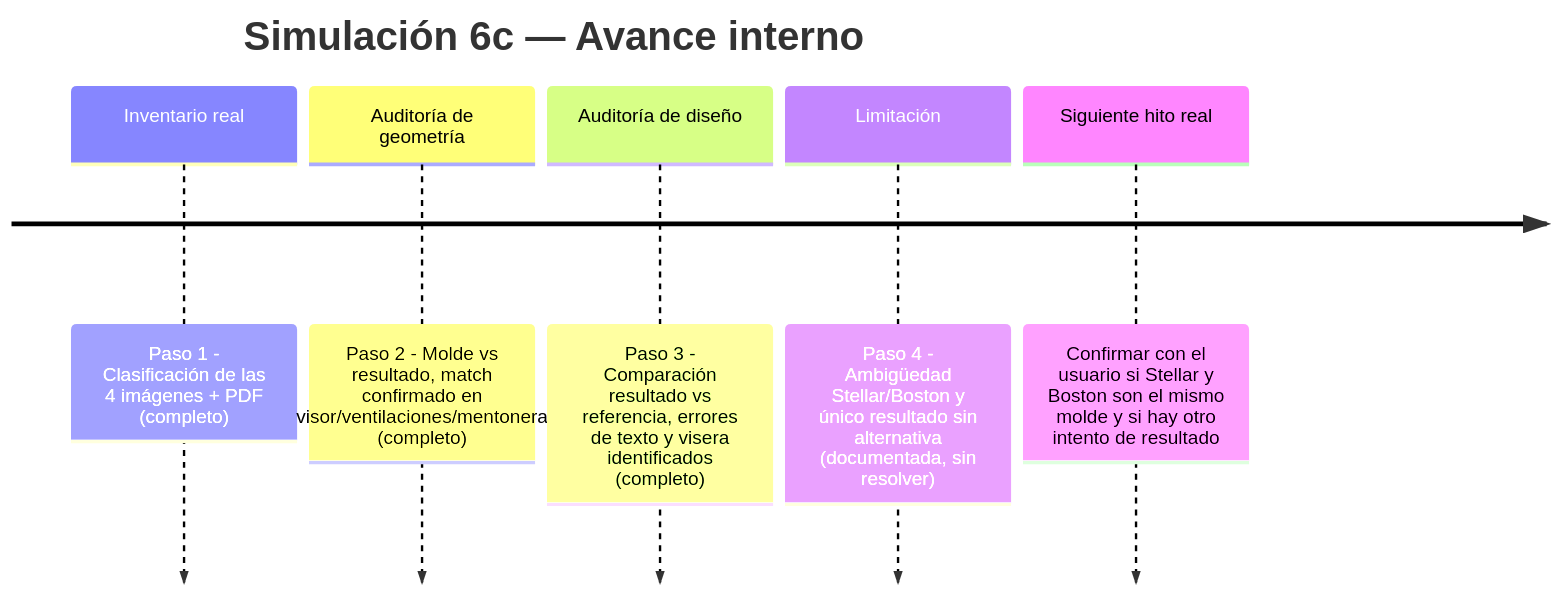
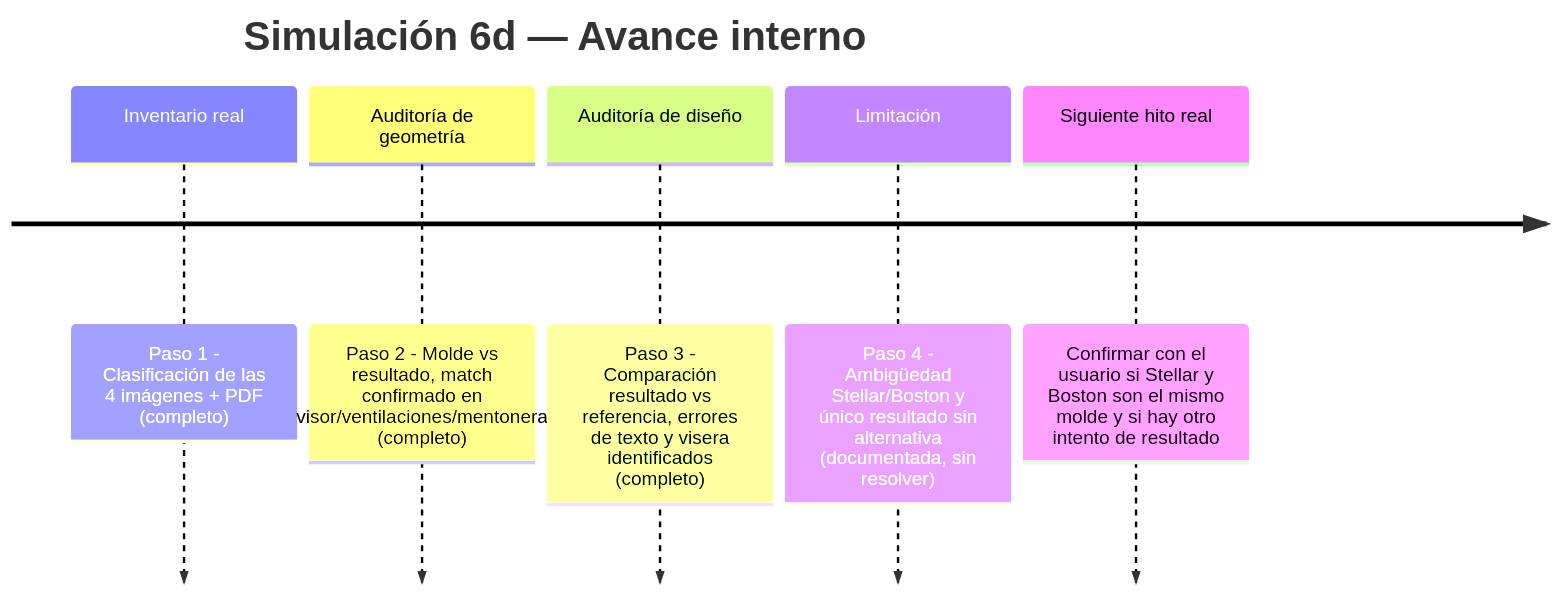
The second of 3 diagrams in proyectos/edge-cascos/simulaciones-cc/simulacion-6d-stellar.md (juandroeleven-jpg/SAAAS-Marketing), drawn with Mermaid before and after one commit. The commit also changed other lines of this file, not shown here.

Commit message:
Agrega Simulacion 6d - Adaptacion 2D Stellar con Nano Banana

````diff
--- a/proyectos/edge-cascos/simulaciones-cc/simulacion-6d-stellar.md
+++ b/proyectos/edge-cascos/simulaciones-cc/simulacion-6d-stellar.md
@@ -64,9 +64,9 @@
 ```mermaid
 timeline
-    title Simulación 6c — Avance interno
+    title Simulación 6d — Avance interno
     Inventario real : Paso 1 - Clasificación de las 4 imágenes + PDF (completo)
     Auditoría de geometría : Paso 2 - Molde vs resultado, match confirmado en visor/ventilaciones/mentonera (completo)
     Auditoría de diseño : Paso 3 - Comparación resultado vs referencia, errores de texto y visera identificados (completo)
     Limitación : Paso 4 - Ambigüedad Stellar/Boston y único resultado sin alternativa (documentada, sin resolver)
     Siguiente hito real : Confirmar con el usuario si Stellar y Boston son el mismo molde y si hay otro intento de resultado
 ```
````
